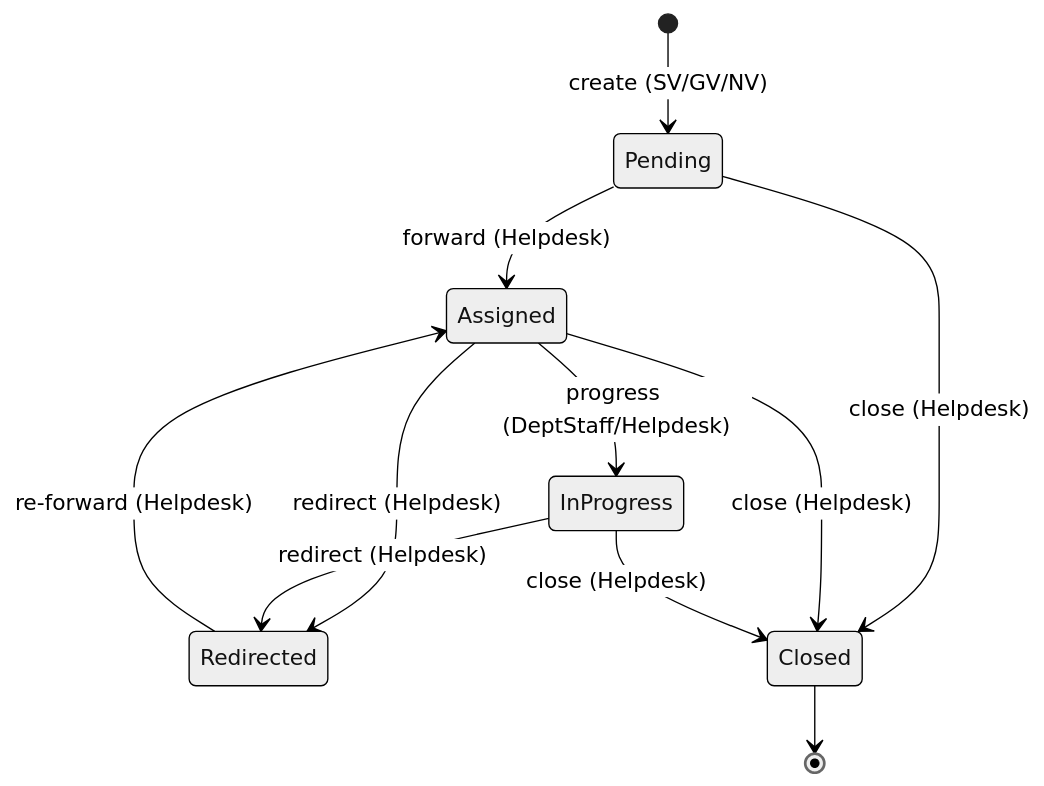
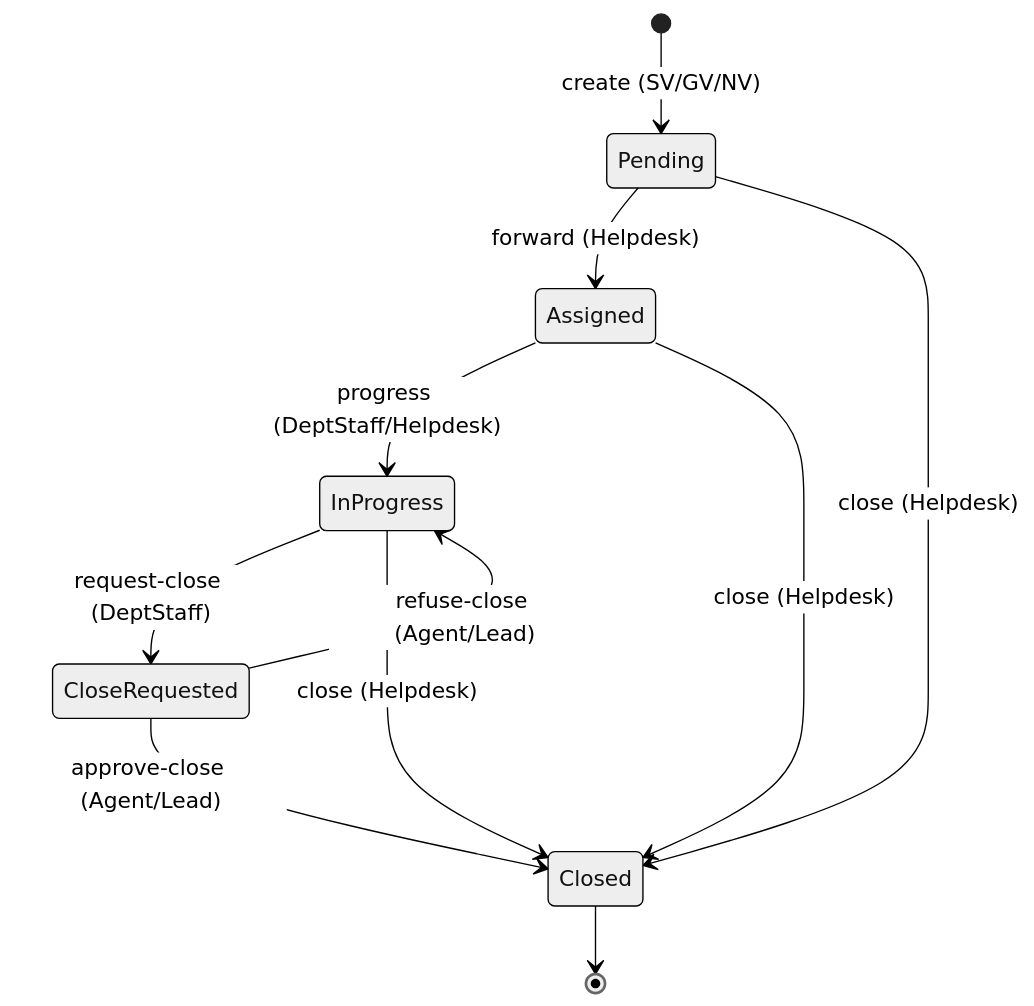
One commit to nguyentr02/UMS-HELPDESK-TICKET changed the fifth of 5 diagrams in docs/feature-plan.md. Above: the diagram before and after it, drawn with Mermaid (neutral theme). The commit also changed other lines of this file and 23 other files, not shown here.

First line of the commit message:
feat(tickets): DeptStaff close-request UI (S17)

````diff
--- a/docs/feature-plan.md
+++ b/docs/feature-plan.md
@@ -803,13 +809,13 @@
 ```mermaid
 stateDiagram-v2
   [*] --> Pending: create (SV/GV/NV)
   Pending --> Assigned: forward (Helpdesk)
   Assigned --> InProgress: progress (DeptStaff/Helpdesk)
-  Assigned --> Redirected: redirect (Helpdesk)
-  InProgress --> Redirected: redirect (Helpdesk)
-  Redirected --> Assigned: re-forward (Helpdesk)
+  InProgress --> CloseRequested: request-close (DeptStaff)
+  CloseRequested --> Closed: approve-close (Agent/Lead)
+  CloseRequested --> InProgress: refuse-close (Agent/Lead)
   Pending --> Closed: close (Helpdesk)
   Assigned --> Closed: close (Helpdesk)
   InProgress --> Closed: close (Helpdesk)
   Closed --> [*]
 ```
````
